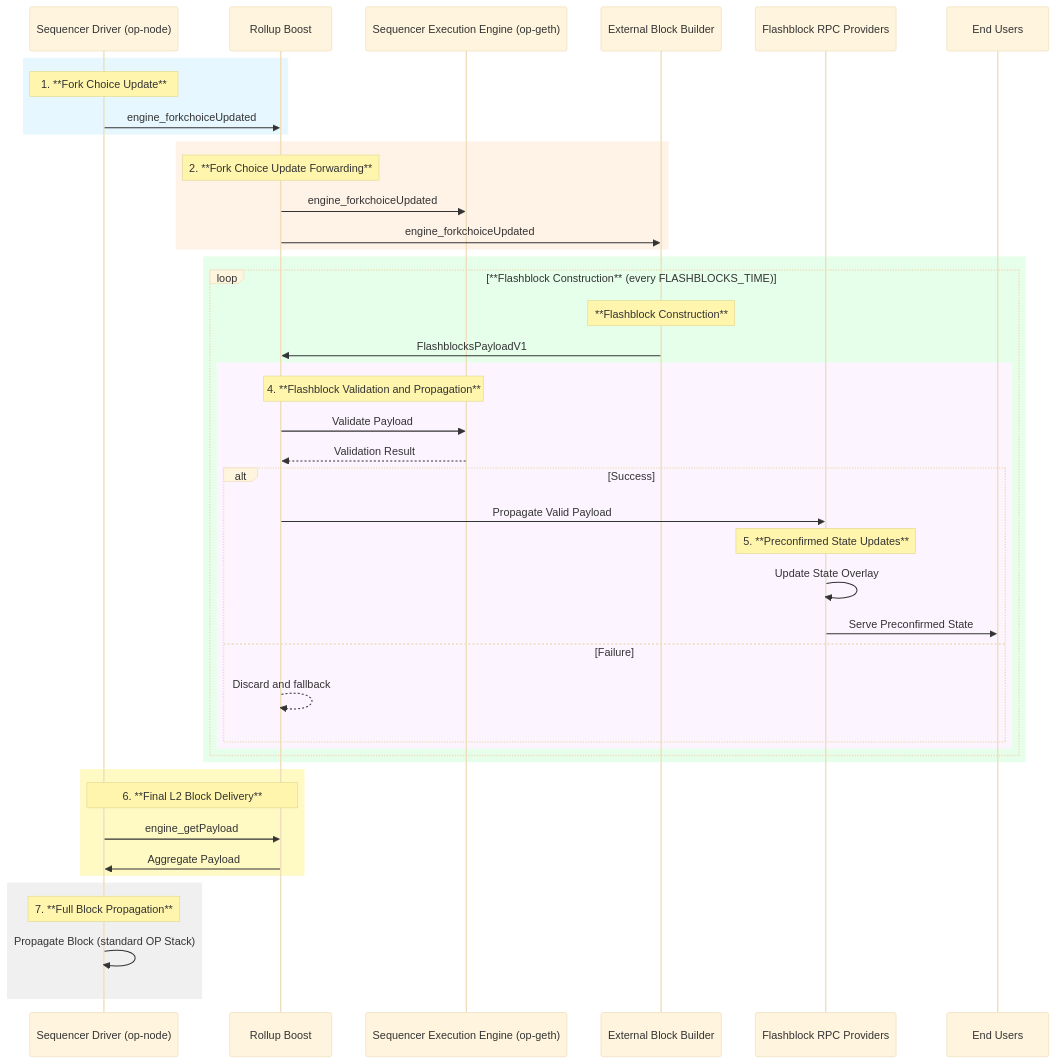
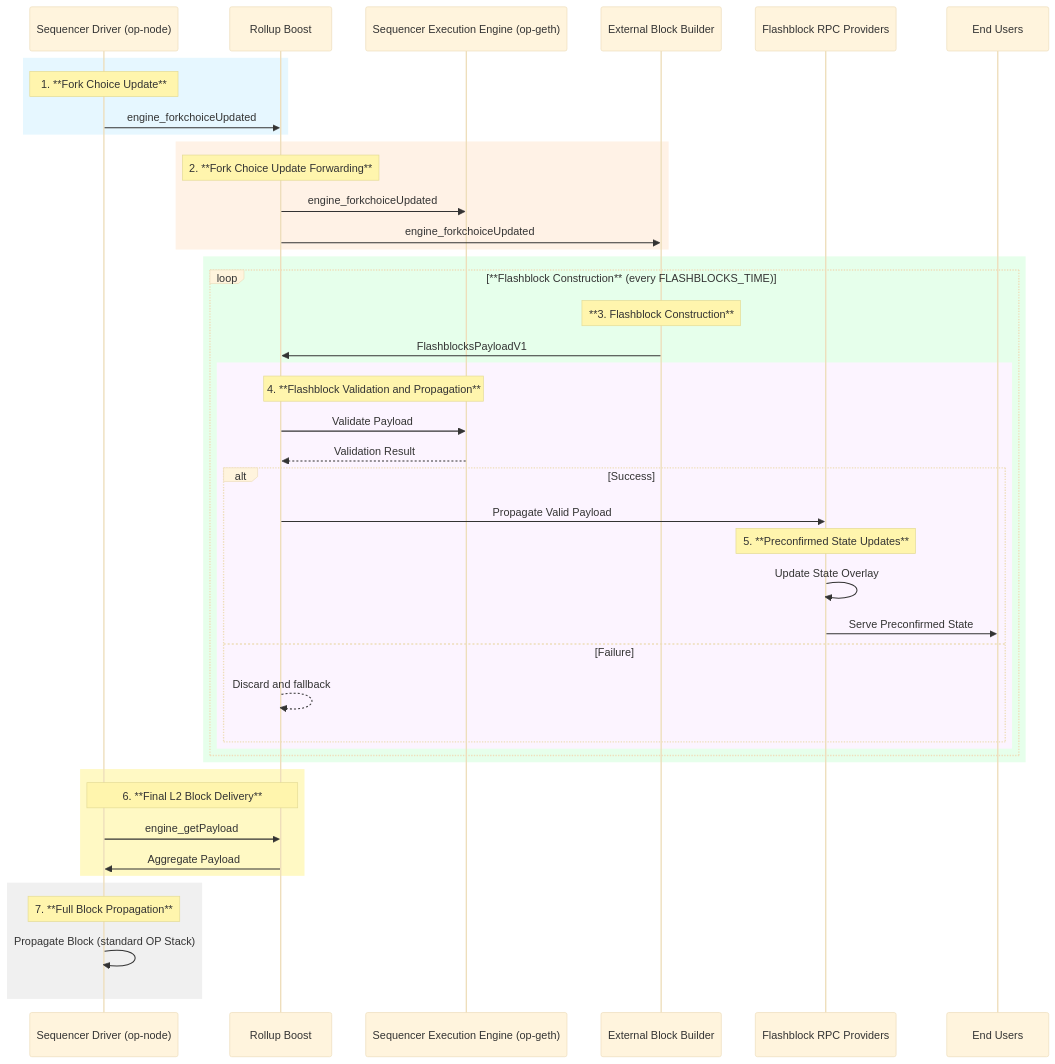
The second of 6 diagrams in specs/protocol/flashblocks.md (ethereum-optimism/specs), drawn with Mermaid (base theme) before and after one commit. The commit also changed other lines of this file, not shown here.

````diff
--- a/specs/protocol/flashblocks.md
+++ b/specs/protocol/flashblocks.md
@@ -391,53 +389,53 @@
 ```mermaid
 sequenceDiagram  
     participant S as Sequencer Driver (op-node)
     participant RB as Rollup Boost
     participant EE as Sequencer Execution Engine (op-geth)
     participant BB as External Block Builder
     participant RPC as Flashblock RPC Providers
     participant U as End Users
 		
     rect rgb(230,247,255)
         Note over S: 1. **Fork Choice Update**
         S->>RB: engine_forkchoiceUpdated
     end
 
     rect rgb(255,242,230)
         Note over RB: 2. **Fork Choice Update Forwarding**
         RB->>EE: engine_forkchoiceUpdated
         RB->>BB: engine_forkchoiceUpdated
     end
 
     rect rgb(230,255,235)
     loop **Flashblock Construction** (every FLASHBLOCKS_TIME)
-		    Note over BB: **Flashblock Construction**
+		    Note over BB: **3. Flashblock Construction**
         BB->>RB: FlashblocksPayloadV1
 
         rect rgb(252,244,255)
             Note over RB, EE: 4. **Flashblock Validation and Propagation**
             RB->>EE: Validate Payload
             EE-->>RB: Validation Result
 
             alt Success
                 RB->>RPC: Propagate Valid Payload
                 Note over RPC: 5. **Preconfirmed State Updates**
                 RPC->>RPC: Update State Overlay
                 RPC->>U: Serve Preconfirmed State
             else Failure
                 RB-->>RB: Discard and fallback
             end
         end
     end
     end
 
     rect rgb(255,249,196)
         Note over S, RB: 6. **Final L2 Block Delivery**
         S->>RB: engine_getPayload
         RB->>S: Aggregate Payload
     end
 
     rect rgb(240,240,240)
         Note over S: 7. **Full Block Propagation**
         S->>S: Propagate Block (standard OP Stack)
     end
 ```
````
